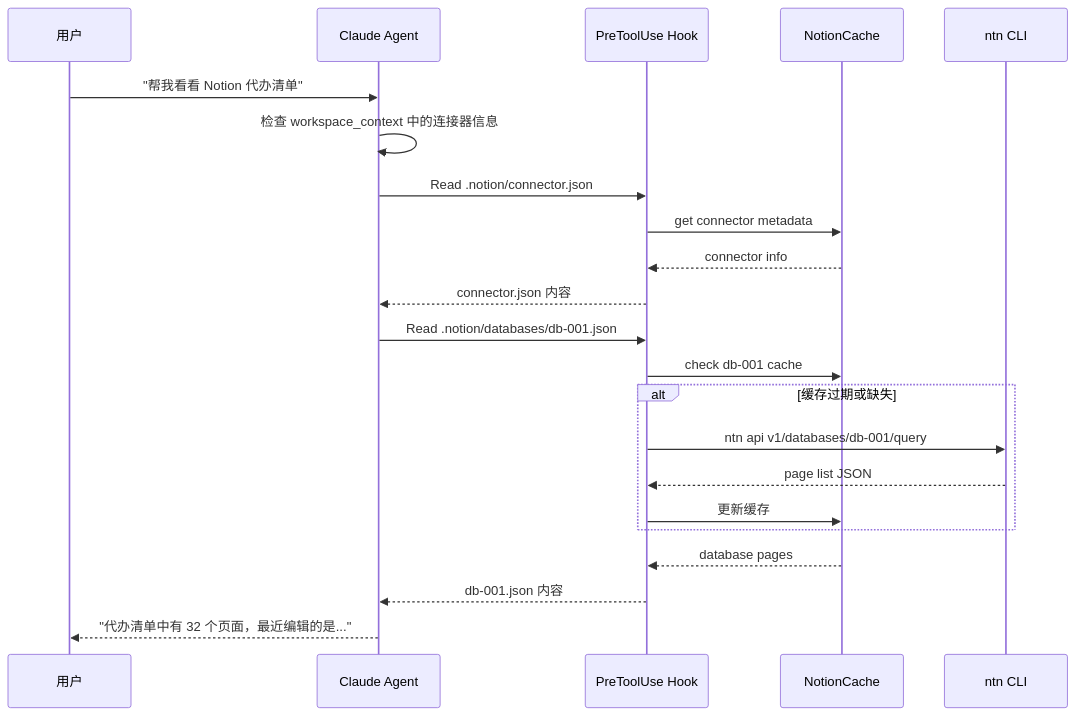
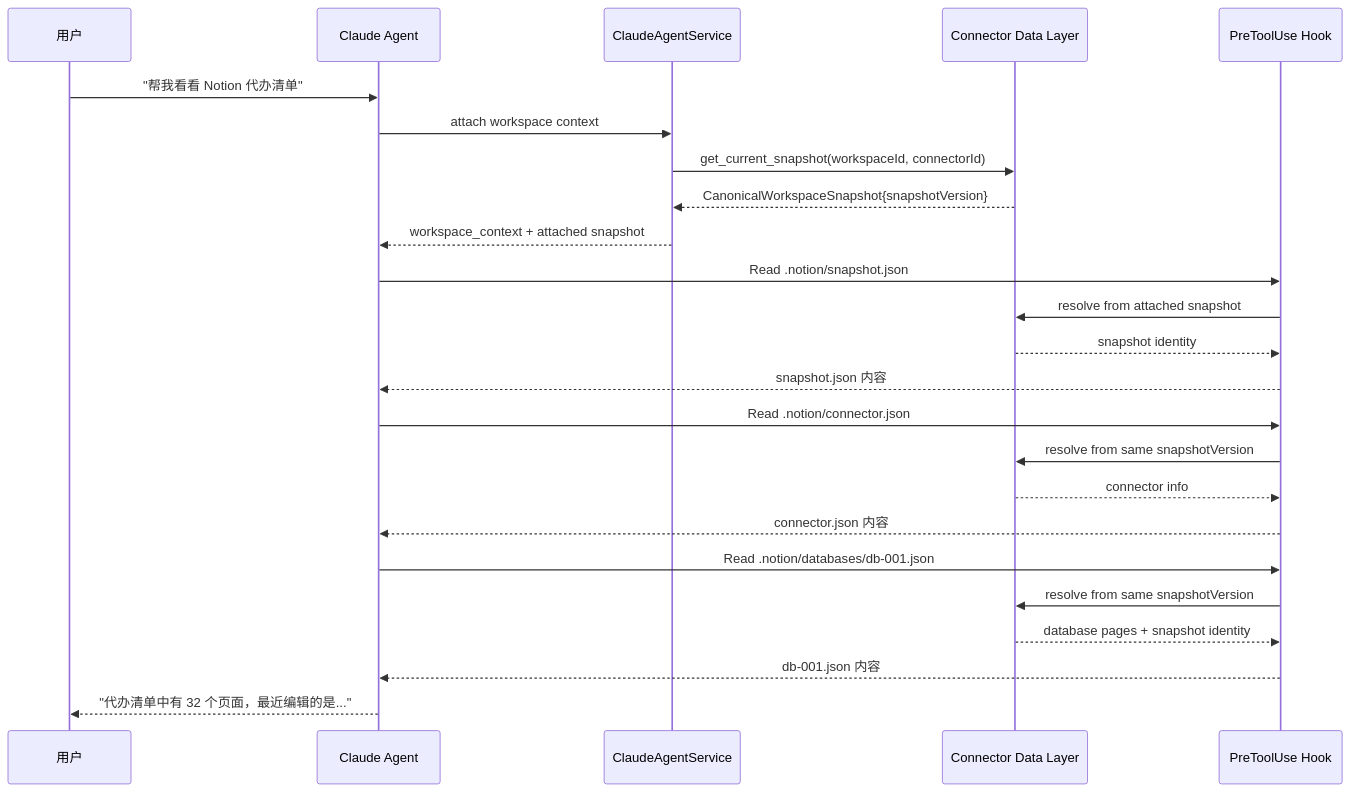
Before and after one commit to glide-the/im-dream: the second of 2 diagrams in docs/design/notion-session/connector-interaction.md, drawn with Mermaid. The commit also changed other lines of this file and 16 other files, not shown here.

First line of the commit message:
feat(notion): implement canonical snapshot and resource connector integration

````diff
--- a/docs/design/notion-session/connector-interaction.md
+++ b/docs/design/notion-session/connector-interaction.md
@@ -418,27 +453,31 @@
 ```mermaid
 sequenceDiagram
     participant User as 用户
     participant Agent as Claude Agent
+    participant Service as ClaudeAgentService
+    participant Data as Connector Data Layer
     participant Hook as PreToolUse Hook
-    participant Cache as NotionCache
-    participant CLI as ntn CLI
 
     User->>Agent: "帮我看看 Notion 代办清单"
-    Agent->>Agent: 检查 workspace_context 中的连接器信息
+    Agent->>Service: attach workspace context
+    Service->>Data: get_current_snapshot(workspaceId, connectorId)
+    Data-->>Service: CanonicalWorkspaceSnapshot{snapshotVersion}
+    Service-->>Agent: workspace_context + attached snapshot
+
+    Agent->>Hook: Read .notion/snapshot.json
+    Hook->>Data: resolve from attached snapshot
+    Data-->>Hook: snapshot identity
+    Hook-->>Agent: snapshot.json 内容
+
     Agent->>Hook: Read .notion/connector.json
-    Hook->>Cache: get connector metadata
-    Cache-->>Hook: connector info
+    Hook->>Data: resolve from same snapshotVersion
+    Data-->>Hook: connector info
     Hook-->>Agent: connector.json 内容
 
     Agent->>Hook: Read .notion/databases/db-001.json
-    Hook->>Cache: check db-001 cache
-    alt 缓存过期或缺失
-        Hook->>CLI: ntn api v1/databases/db-001/query
-        CLI-->>Hook: page list JSON
-        Hook->>Cache: 更新缓存
-    end
-    Cache-->>Hook: database pages
+    Hook->>Data: resolve from same snapshotVersion
+    Data-->>Hook: database pages + snapshot identity
     Hook-->>Agent: db-001.json 内容
 
     Agent-->>User: "代办清单中有 32 个页面，最近编辑的是..."
 ```
````
